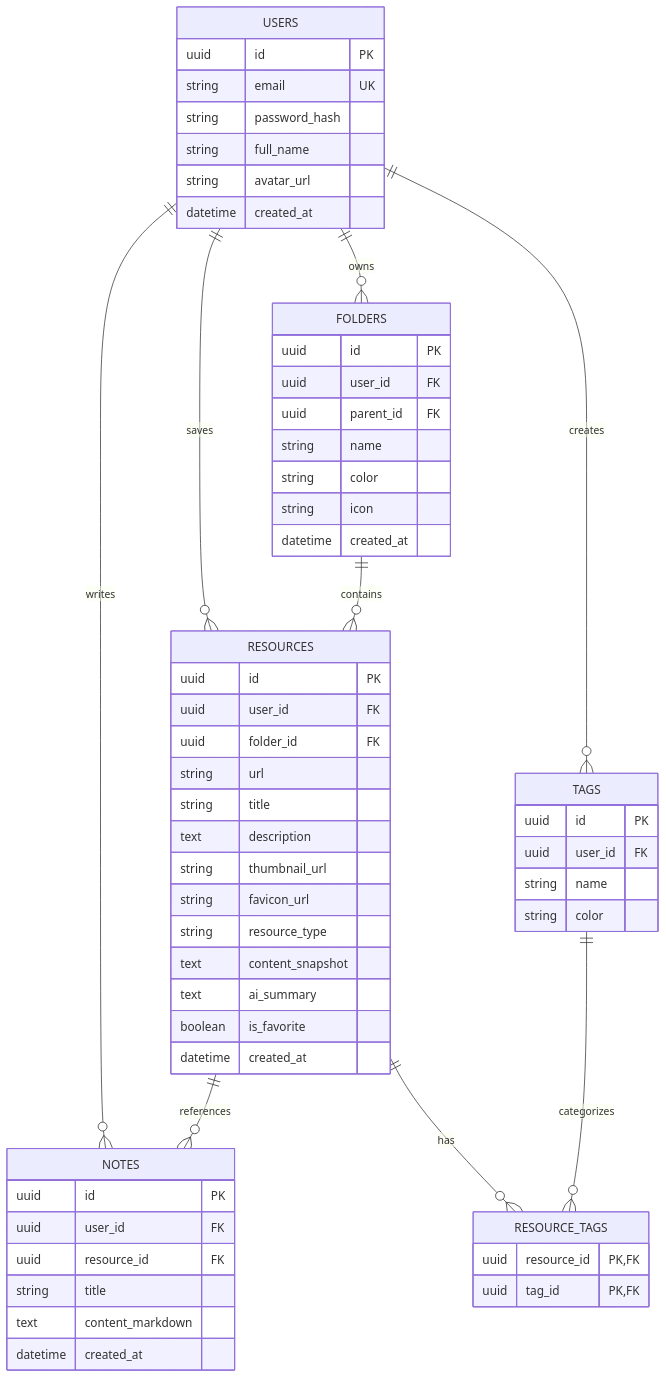
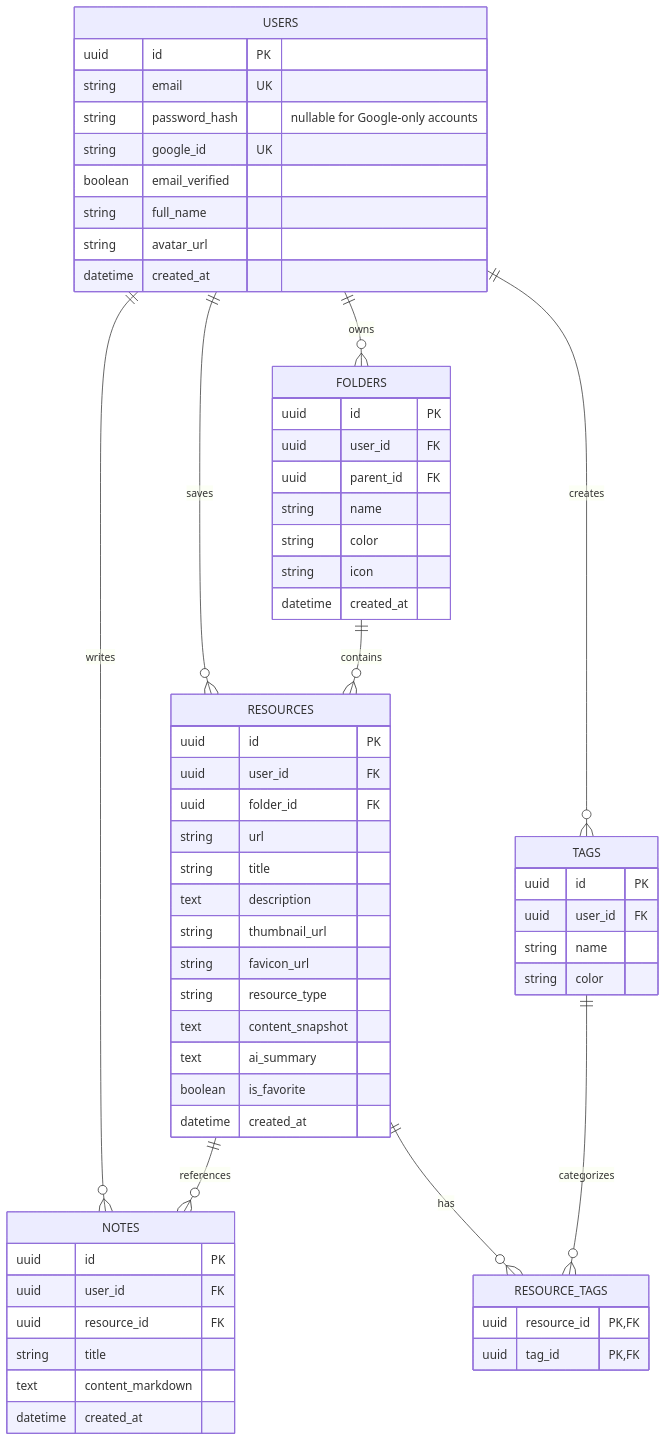
Before and after one commit to hasbeejay/Arcivo: the diagram in README.md, drawn with Mermaid. The commit also changed other lines of this file and 65 other files, not shown here.

````diff
--- a/README.md
+++ b/README.md
@@ -159,67 +165,69 @@
 ```mermaid
 erDiagram
     USERS ||--o{ FOLDERS : owns
     USERS ||--o{ RESOURCES : saves
     USERS ||--o{ NOTES : writes
     USERS ||--o{ TAGS : creates
     FOLDERS ||--o{ RESOURCES : contains
     RESOURCES ||--o{ NOTES : references
     RESOURCES ||--o{ RESOURCE_TAGS : has
     TAGS ||--o{ RESOURCE_TAGS : categorizes
 
     USERS {
         uuid id PK
         string email UK
-        string password_hash
+        string password_hash "nullable for Google-only accounts"
+        string google_id UK
+        boolean email_verified
         string full_name
         string avatar_url
         datetime created_at
     }
 
     FOLDERS {
         uuid id PK
         uuid user_id FK
         uuid parent_id FK
         string name
         string color
         string icon
         datetime created_at
     }
 
     RESOURCES {
         uuid id PK
         uuid user_id FK
         uuid folder_id FK
         string url
         string title
         text description
         string thumbnail_url
         string favicon_url
         string resource_type
         text content_snapshot
         text ai_summary
         boolean is_favorite
         datetime created_at
     }
 
     NOTES {
         uuid id PK
         uuid user_id FK
         uuid resource_id FK
         string title
         text content_markdown
         datetime created_at
     }
 
     TAGS {
         uuid id PK
         uuid user_id FK
         string name
         string color
     }
 
     RESOURCE_TAGS {
         uuid resource_id PK,FK
         uuid tag_id PK,FK
     }
 ```
````
